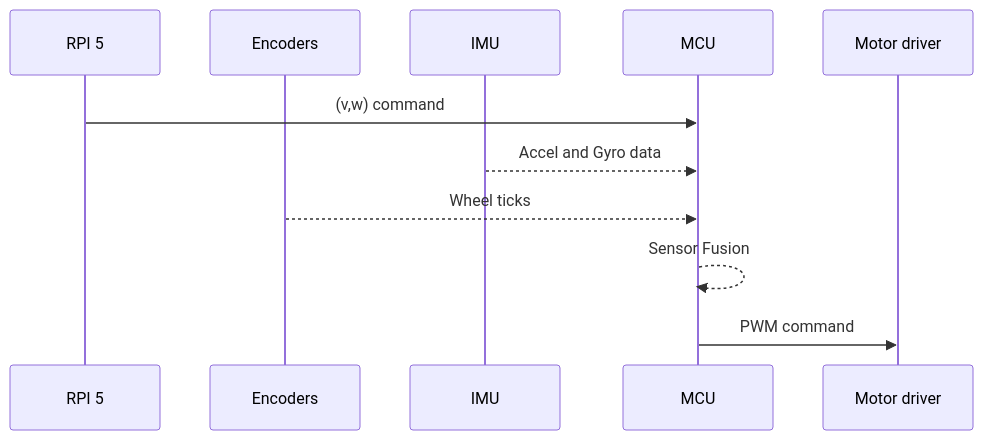
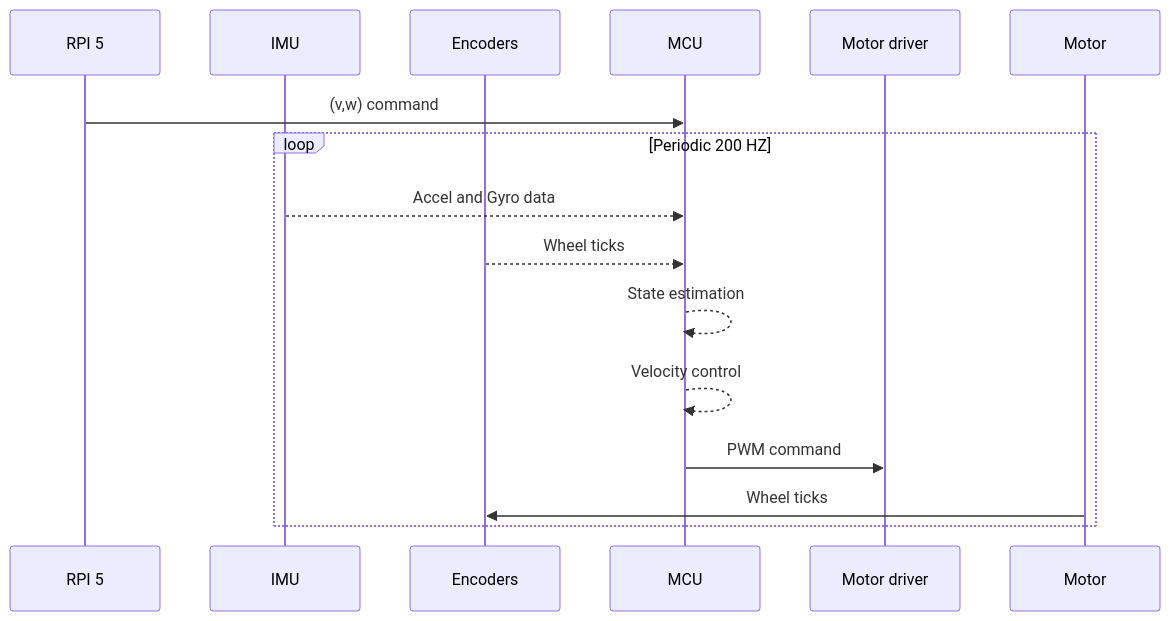
One commit to carmor1337/Robert-Diffrential-drive-robot changed the fourth of 4 diagrams in README.md. Above: the diagram before and after it, drawn with Mermaid. The commit also changed other lines of this file, not shown here.

````diff
--- a/README.md
+++ b/README.md
@@ -186,16 +210,21 @@
 ```mermaid
 sequenceDiagram
 
 participant RPI 5
+participant IMU
 participant Encoders
-participant IMU
 participant MCU
 participant Motor driver
+participant Motor
 
     RPI 5 ->> MCU: (v,w) command
-    IMU -->> MCU: Accel and Gyro data
-    Encoders -->> MCU: Wheel ticks
-    MCU -->> MCU: Sensor Fusion
-    MCU ->> Motor driver: PWM command
+    loop Periodic 200 HZ
+        IMU -->> MCU: Accel and Gyro data
+        Encoders -->> MCU: Wheel ticks
+        MCU -->> MCU: State estimation
+        MCU -->> MCU: Velocity control
+        MCU ->> Motor driver: PWM command
+        Motor ->> Encoders: Wheel ticks
+    end
 
 ```
````
